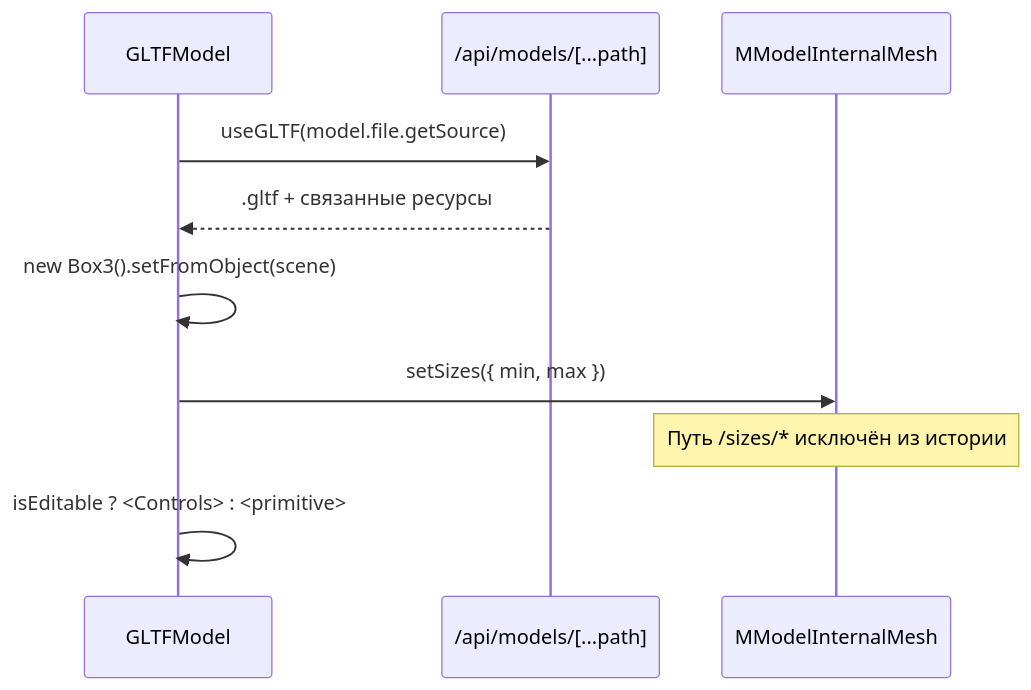
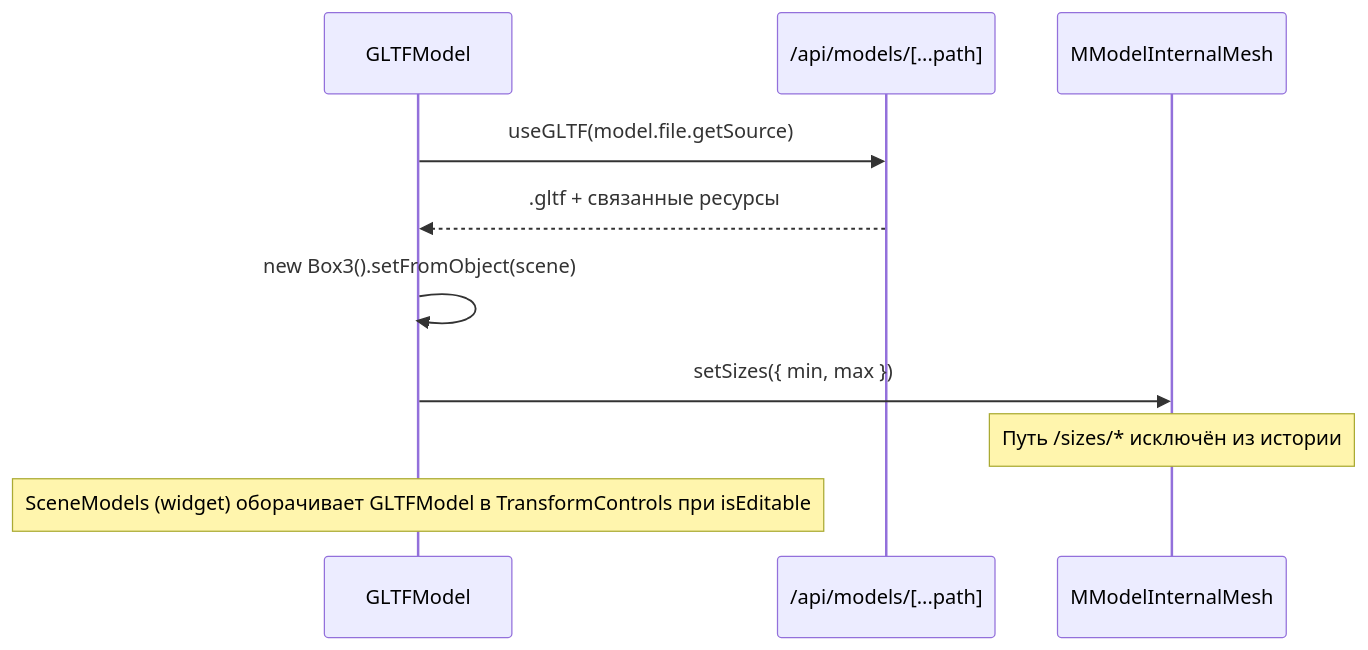
One commit to Nikita-Ardashev/dnd-frontend changed the sixth of 6 diagrams in docs/12-data-flow.md. Above: the diagram before and after it, drawn with Mermaid. The commit also changed other lines of this file and 185 other files, not shown here.

````diff
--- a/docs/12-data-flow.md
+++ b/docs/12-data-flow.md
@@ -149,13 +149,13 @@
 ```mermaid
 sequenceDiagram
     participant GM as GLTFModel
     participant API as /api/models/[...path]
     participant M as MModelInternalMesh
 
     GM->>API: useGLTF(model.file.getSource)
     API-->>GM: .gltf + связанные ресурсы
     GM->>GM: new Box3().setFromObject(scene)
     GM->>M: setSizes({ min, max })
     Note over M: Путь /sizes/* исключён из истории
-    GM->>GM: isEditable ? <Controls> : <primitive>
+    Note over GM: SceneModels (widget) оборачивает GLTFModel в TransformControls при isEditable
 ```
````
